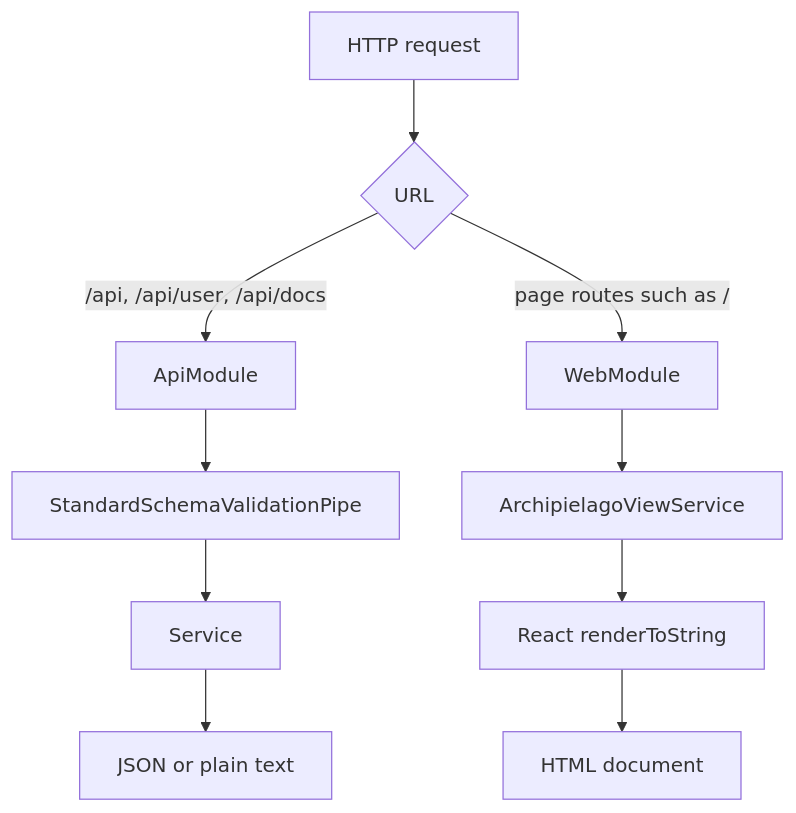
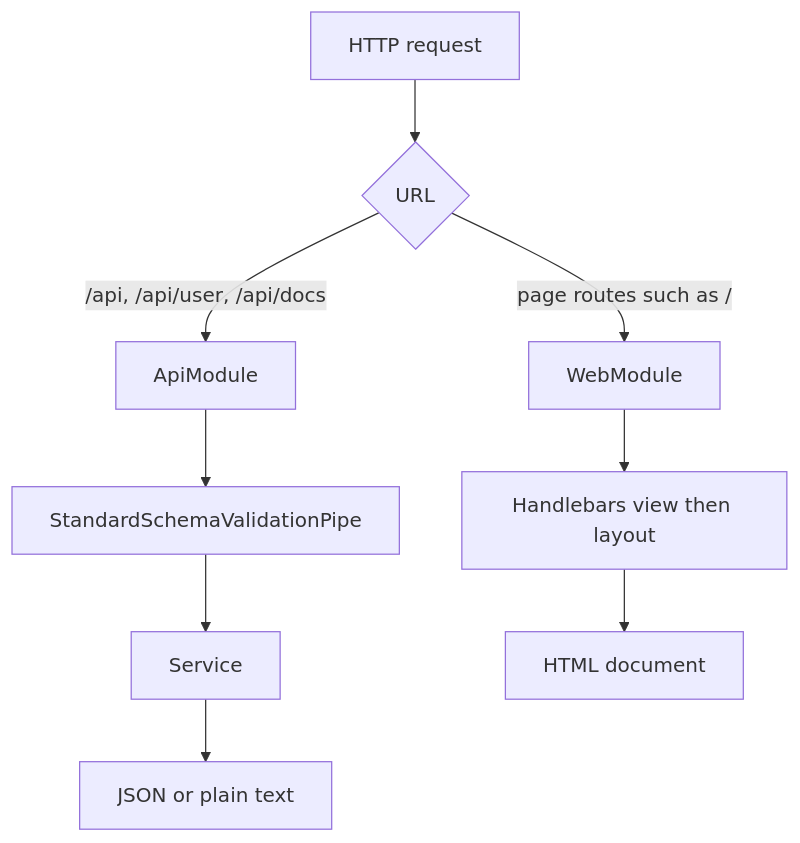
The first of 6 diagrams in examples/nestjs/docs/architecture.md (isaaclfelix/archipielago), drawn with Mermaid before and after one commit. The commit also changed other lines of this file and 28 other files, not shown here.

````diff
--- a/examples/nestjs/docs/architecture.md
+++ b/examples/nestjs/docs/architecture.md
@@ -16,13 +16,12 @@
 ```mermaid
 flowchart TD
   req[HTTP request]
   req --> path{URL}
   path -->|"/api, /api/user, /api/docs"| api[ApiModule]
   path -->|"page routes such as /"| web[WebModule]
   api --> pipe[StandardSchemaValidationPipe]
   pipe --> svc[Service]
   svc --> json[JSON or plain text]
-  web --> view[ArchipielagoViewService]
-  view --> ssr[React renderToString]
-  ssr --> html[HTML document]
+  web --> hbs[Handlebars view then layout]
+  hbs --> html[HTML document]
 ```
````
